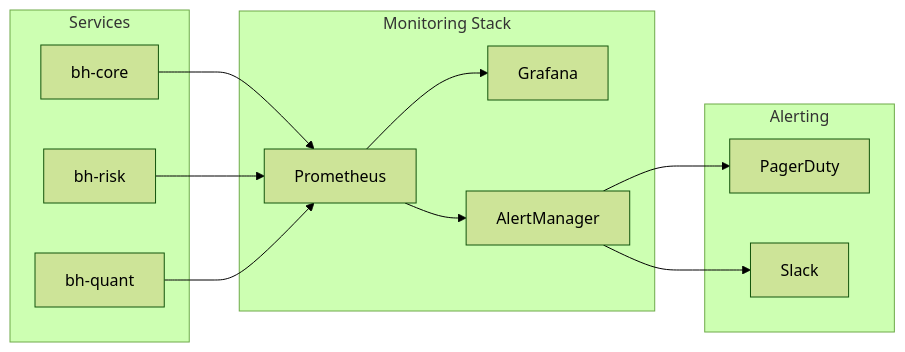
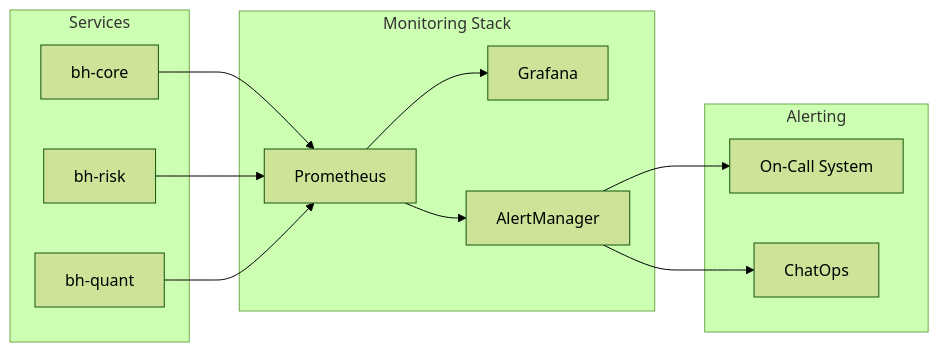
One commit to blackholefund/external_docs changed the sixth of 7 diagrams in docs/architecture/overview.md. Above: the diagram before and after it, drawn with Mermaid (forest theme). The commit also changed other lines of this file and 14 other files, not shown here.

Commit message:
Hide provider names and fix mermaid identifiers

````diff
--- a/docs/architecture/overview.md
+++ b/docs/architecture/overview.md
@@ -242,29 +240,29 @@
 ```mermaid
 flowchart LR
     subgraph Services["Services"]
         S1["bh-core"]
         S2["bh-risk"]
         S3["bh-quant"]
     end
 
     subgraph Monitoring["Monitoring Stack"]
         Prom["Prometheus"]
         Graf["Grafana"]
         Alert["AlertManager"]
     end
 
     subgraph Alerting["Alerting"]
-        PD["PagerDuty"]
-        Slack["Slack"]
+        OnCall["On-Call System"]
+        ChatOps["ChatOps"]
     end
 
     S1 --> Prom
     S2 --> Prom
     S3 --> Prom
 
     Prom --> Graf
     Prom --> Alert
 
-    Alert --> PD
-    Alert --> Slack
+    Alert --> OnCall
+    Alert --> ChatOps
 ```
````
